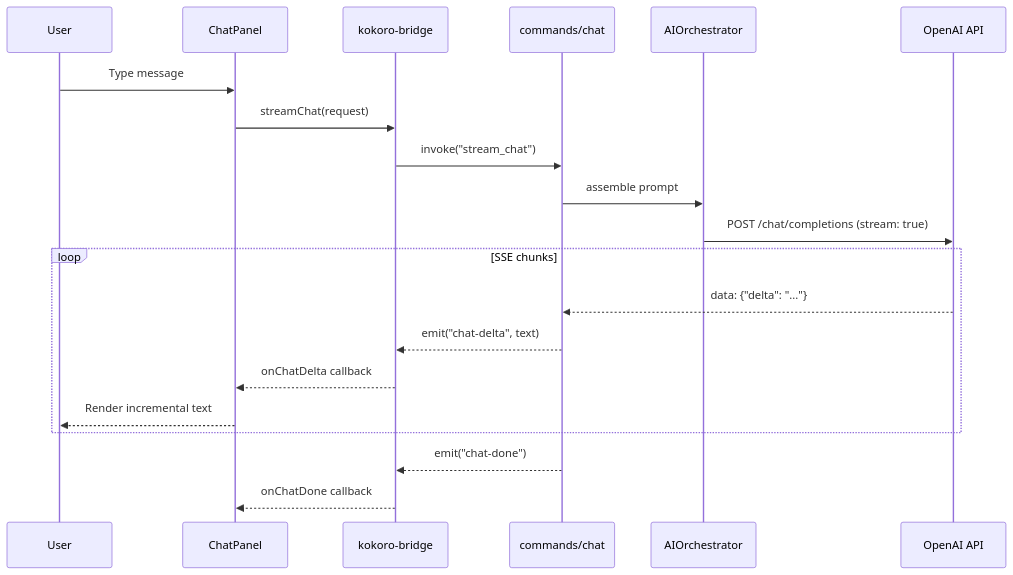
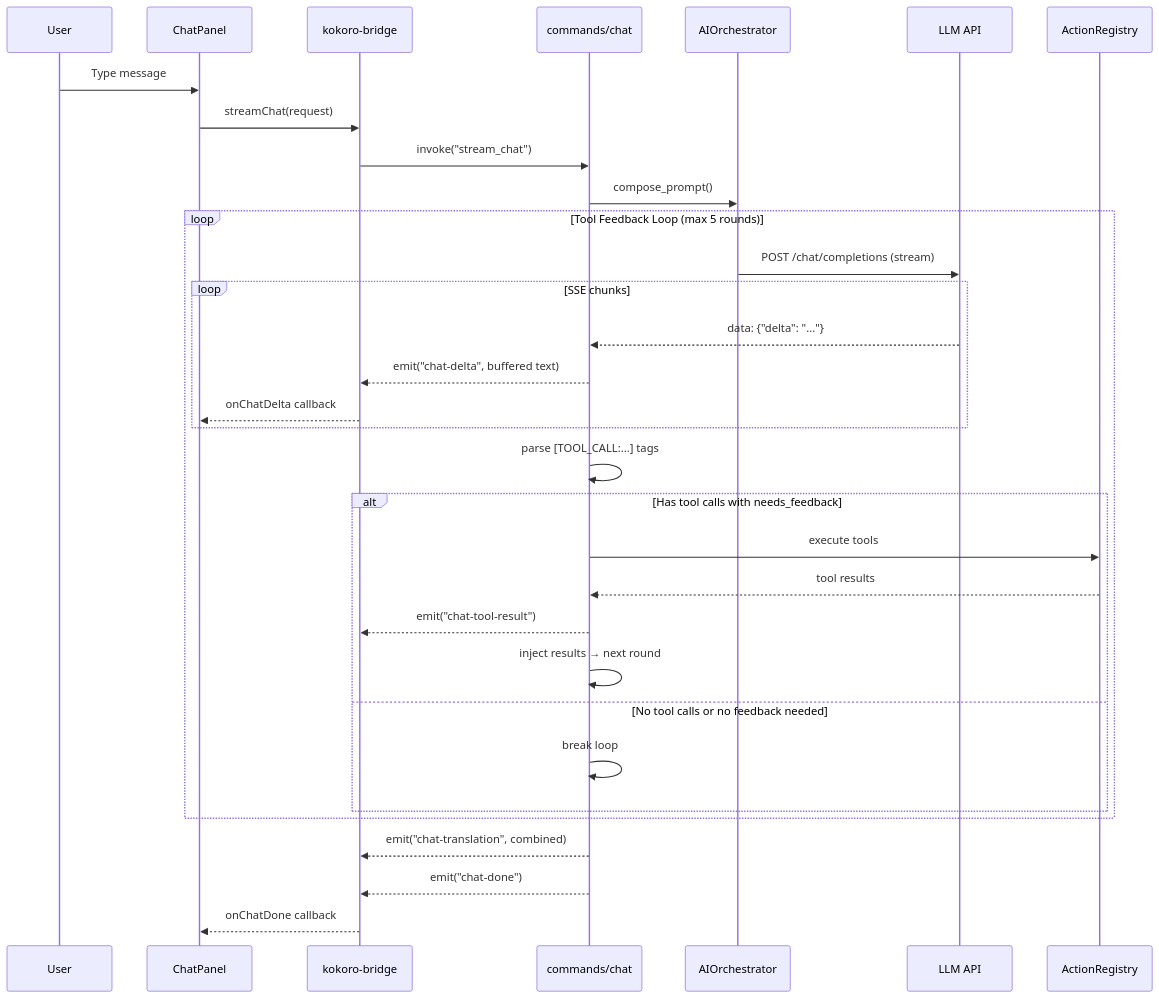
One commit to chyinan/Kokoro-Engine changed the third of 4 diagrams in docs/architecture.md. Above: the diagram before and after it, drawn with Mermaid. The commit also changed other lines of this file, not shown here.

First line of the commit message:
docs: update architecture.md to v2.0 with current project structure

````diff
--- a/docs/architecture.md
+++ b/docs/architecture.md
@@ -311,23 +608,37 @@
 ```mermaid
 sequenceDiagram
     participant U as User
     participant CP as ChatPanel
     participant BR as kokoro-bridge
     participant CMD as commands/chat
     participant AI as AIOrchestrator
-    participant LLM as OpenAI API
+    participant LLM as LLM API
+    participant ACT as ActionRegistry
 
     U->>CP: Type message
     CP->>BR: streamChat(request)
     BR->>CMD: invoke("stream_chat")
-    CMD->>AI: assemble prompt
-    AI->>LLM: POST /chat/completions (stream: true)
-    loop SSE chunks
-        LLM-->>CMD: data: {"delta": "..."}
-        CMD-->>BR: emit("chat-delta", text)
-        BR-->>CP: onChatDelta callback
-        CP-->>U: Render incremental text
+    CMD->>AI: compose_prompt()
+
+    loop Tool Feedback Loop (max 5 rounds)
+        AI->>LLM: POST /chat/completions (stream)
+        loop SSE chunks
+            LLM-->>CMD: data: {"delta": "..."}
+            CMD-->>BR: emit("chat-delta", buffered text)
+            BR-->>CP: onChatDelta callback
+        end
+        CMD->>CMD: parse [TOOL_CALL:...] tags
+        alt Has tool calls with needs_feedback
+            CMD->>ACT: execute tools
+            ACT-->>CMD: tool results
+            CMD-->>BR: emit("chat-tool-result")
+            CMD->>CMD: inject results → next round
+        else No tool calls or no feedback needed
+            CMD->>CMD: break loop
+        end
     end
+
+    CMD-->>BR: emit("chat-translation", combined)
     CMD-->>BR: emit("chat-done")
     BR-->>CP: onChatDone callback
 ```
````
